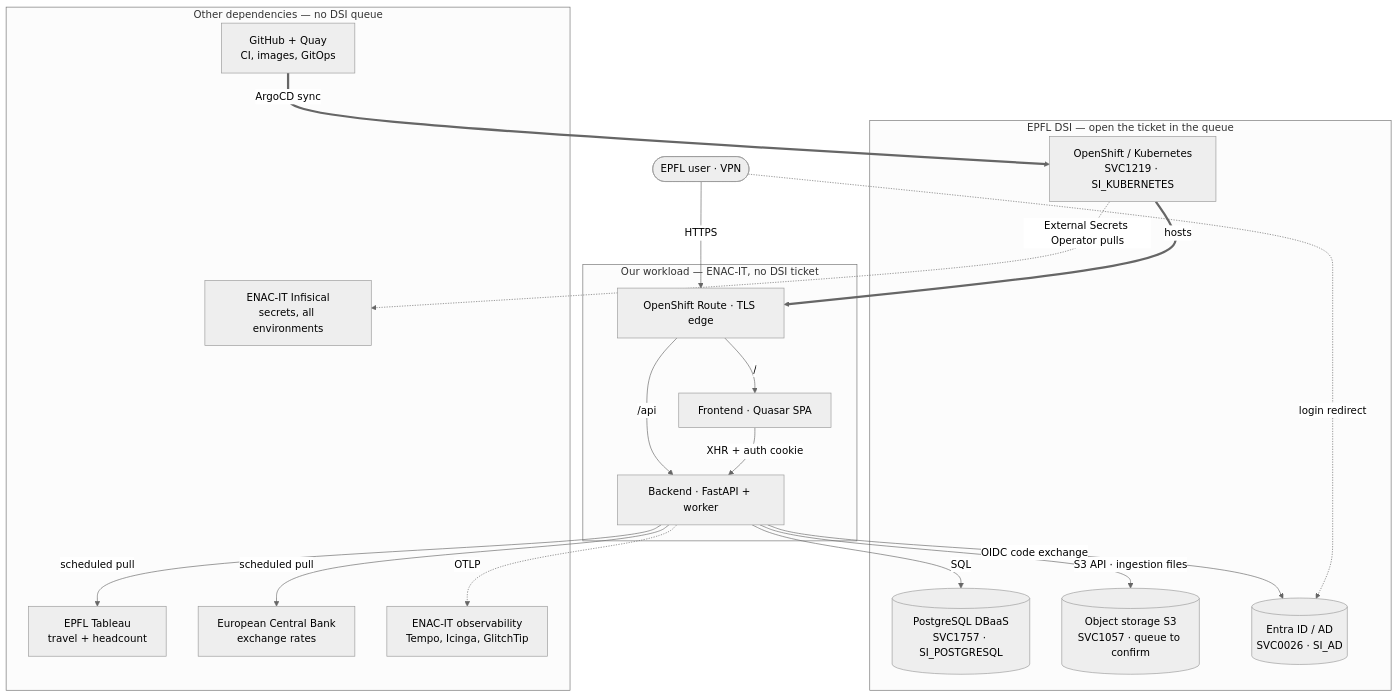
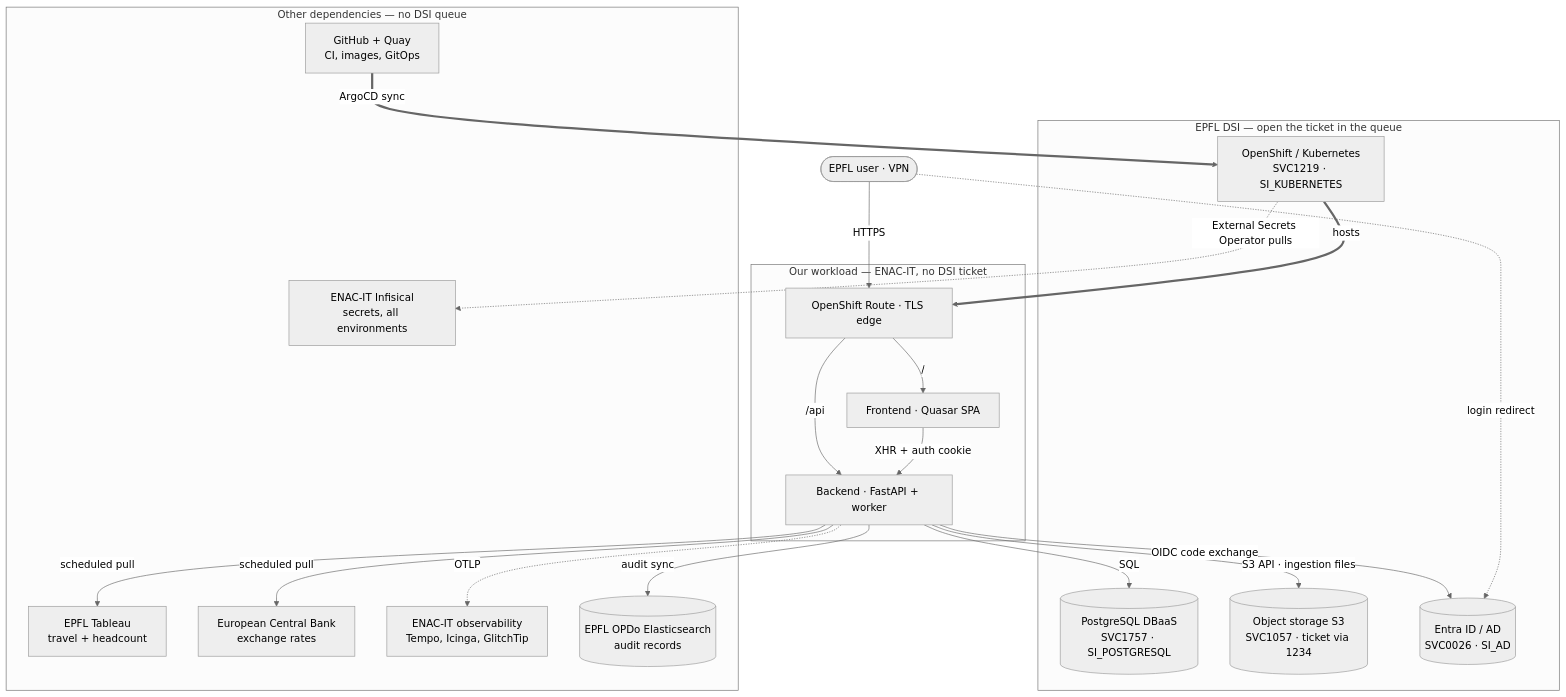
Before and after one commit to EPFL-ENAC/co2-calculator: the diagram in docs/src/infra/04-operations.md, drawn with Mermaid (neutral theme). The commit also changed other lines of this file and 4 other files, not shown here.

````diff
--- a/docs/src/infra/04-operations.md
+++ b/docs/src/infra/04-operations.md
@@ -75,39 +76,41 @@
 ```mermaid
 graph TB
     User([EPFL user · VPN]) -->|HTTPS| Route
 
     subgraph ours["Our workload — ENAC-IT, no DSI ticket"]
         Route[OpenShift Route · TLS edge]
         FE[Frontend · Quasar SPA]
         BE[Backend · FastAPI + worker]
         Route -->|/| FE
         Route -->|/api| BE
         FE -->|XHR + auth cookie| BE
     end
 
     subgraph dsi["EPFL DSI — open the ticket in the queue"]
         K8s[OpenShift / Kubernetes<br/>SVC1219 · SI_KUBERNETES]
         PG[(PostgreSQL DBaaS<br/>SVC1757 · SI_POSTGRESQL)]
-        S3[(Object storage S3<br/>SVC1057 · queue to confirm)]
+        S3[(Object storage S3<br/>SVC1057 · ticket via 1234)]
         Entra[(Entra ID / AD<br/>SVC0026 · SI_AD)]
     end
 
     subgraph other["Other dependencies — no DSI queue"]
         Infi[ENAC-IT Infisical<br/>secrets, all environments]
         Tab[EPFL Tableau<br/>travel + headcount]
         ECB[European Central Bank<br/>exchange rates]
         GH[GitHub + Quay<br/>CI, images, GitOps]
         Obs[ENAC-IT observability<br/>Tempo, Icinga, GlitchTip]
+        ES[(EPFL OPDo Elasticsearch<br/>audit records)]
     end
 
     K8s ==>|hosts| Route
     GH ==>|ArgoCD sync| K8s
     K8s -.->|External Secrets Operator pulls| Infi
     BE -->|SQL| PG
     BE -->|S3 API · ingestion files| S3
     BE -->|OIDC code exchange| Entra
     User -.->|login redirect| Entra
     BE -->|scheduled pull| Tab
     BE -->|scheduled pull| ECB
     BE -.->|OTLP| Obs
+    BE -->|audit sync| ES
 ```
````
